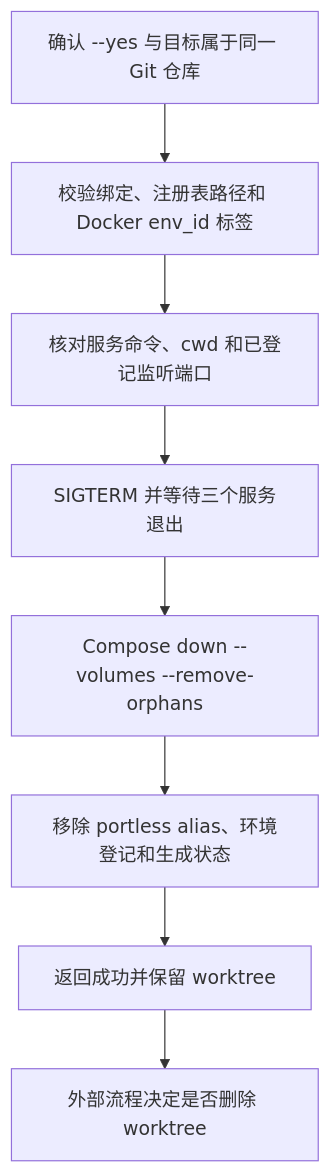
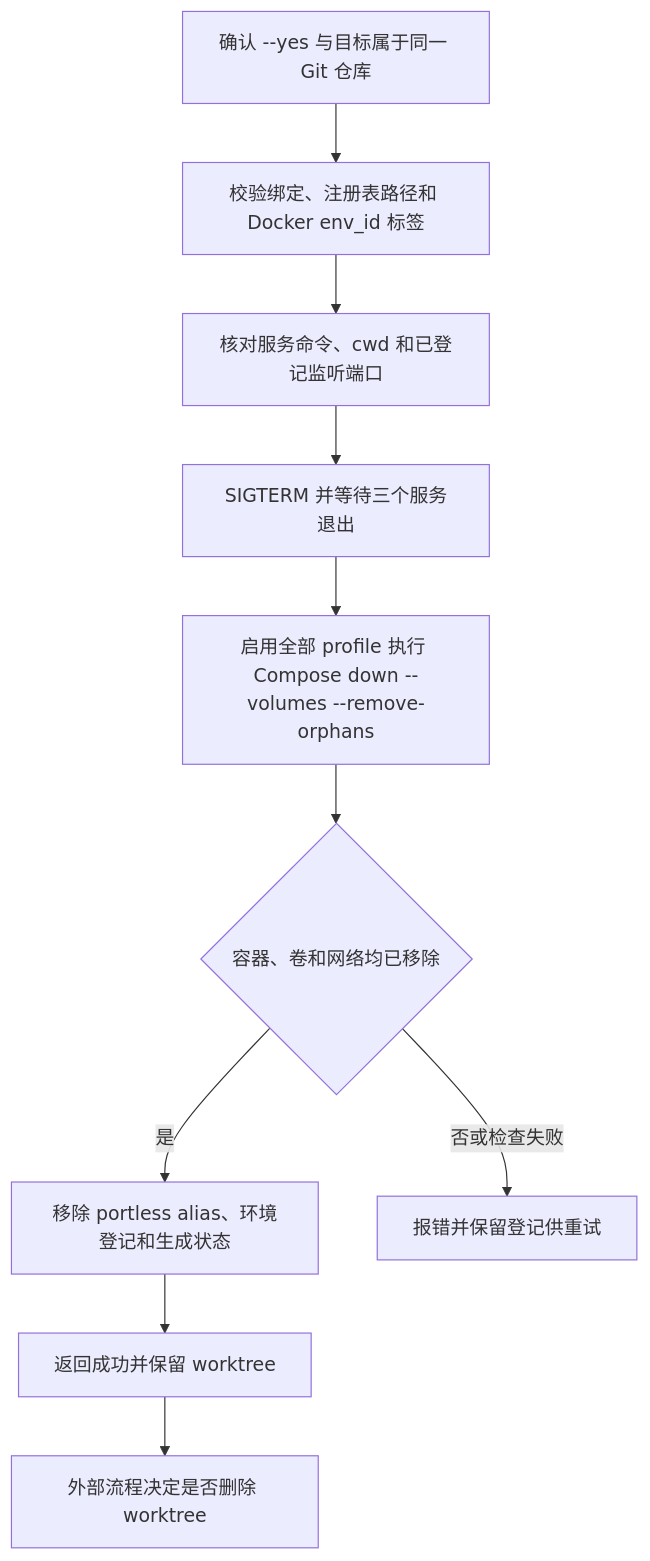
One commit to superduck-ai/open-managed-agents changed the fourth of 4 diagrams in docs/design/development-worktree-environments.md. Above: the diagram before and after it, drawn with Mermaid. The commit also changed other lines of this file and 161 other files, not shown here.

````diff
--- a/docs/design/development-worktree-environments.md
+++ b/docs/design/development-worktree-environments.md
@@ -563,10 +565,12 @@
 ```mermaid
 flowchart TD
     A[确认 --yes 与目标属于同一 Git 仓库] --> B[校验绑定、注册表路径和 Docker env_id 标签]
     B --> C[核对服务命令、cwd 和已登记监听端口]
     C --> D[SIGTERM 并等待三个服务退出]
-    D --> E[Compose down --volumes --remove-orphans]
-    E --> F[移除 portless alias、环境登记和生成状态]
+    D --> E[启用全部 profile 执行 Compose down --volumes --remove-orphans]
+    E --> R{容器、卷和网络均已移除}
+    R -->|是| F[移除 portless alias、环境登记和生成状态]
+    R -->|否或检查失败| X[报错并保留登记供重试]
     F --> G[返回成功并保留 worktree]
     G --> H[外部流程决定是否删除 worktree]
 ```
````
